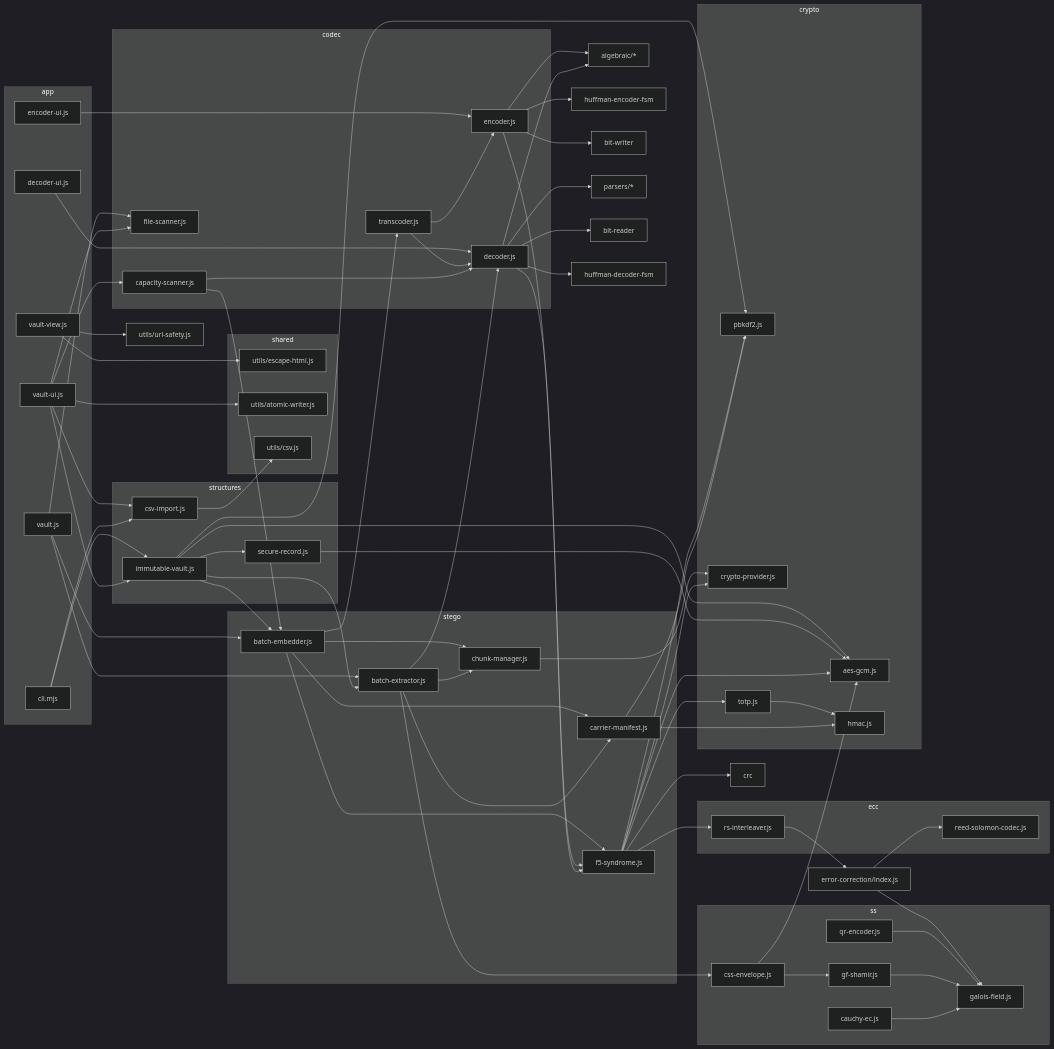
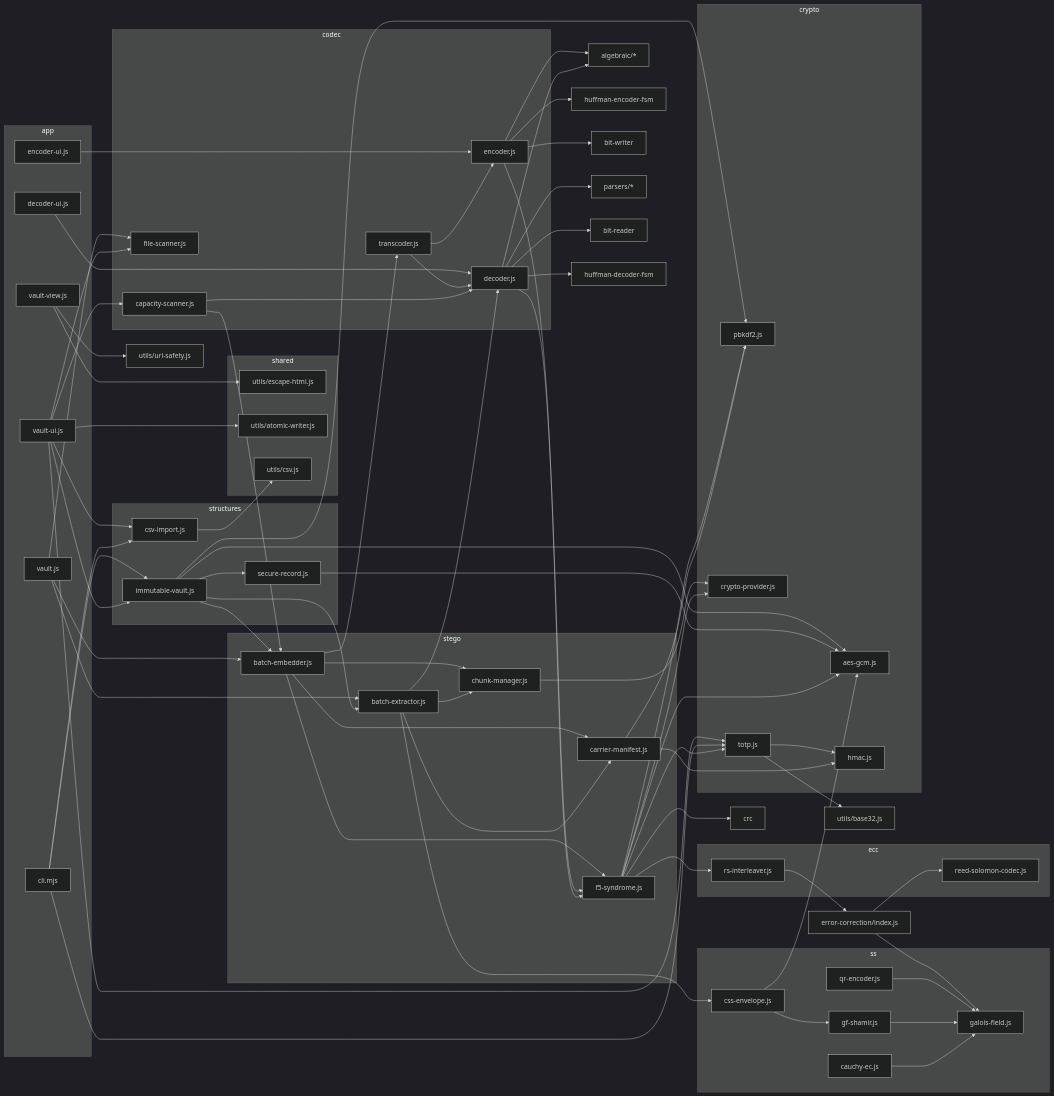
One commit to jessebeard/Ollie changed the second of 6 diagrams in src/specs/WIREFRAME.md. Above: the diagram before and after it, drawn with Mermaid (dark theme). The commit also changed other lines of this file and 19 other files, not shown here.

First line of the commit message:
feat(totp): live codes end-to-end - correct Base32 core, UI display, authoring, CLI fix

```diff
--- a/src/specs/WIREFRAME.md
+++ b/src/specs/WIREFRAME.md
@@ -228,6 +228,9 @@
     vview --> esc
     vui --> awriter
     vui --> csvimp
+    vui --> totpmod
+    cli --> totpmod
+    totpmod --> b32["utils/base32.js"]
     csvimp --> csvutil
 
     vaultpage --> bem
```
